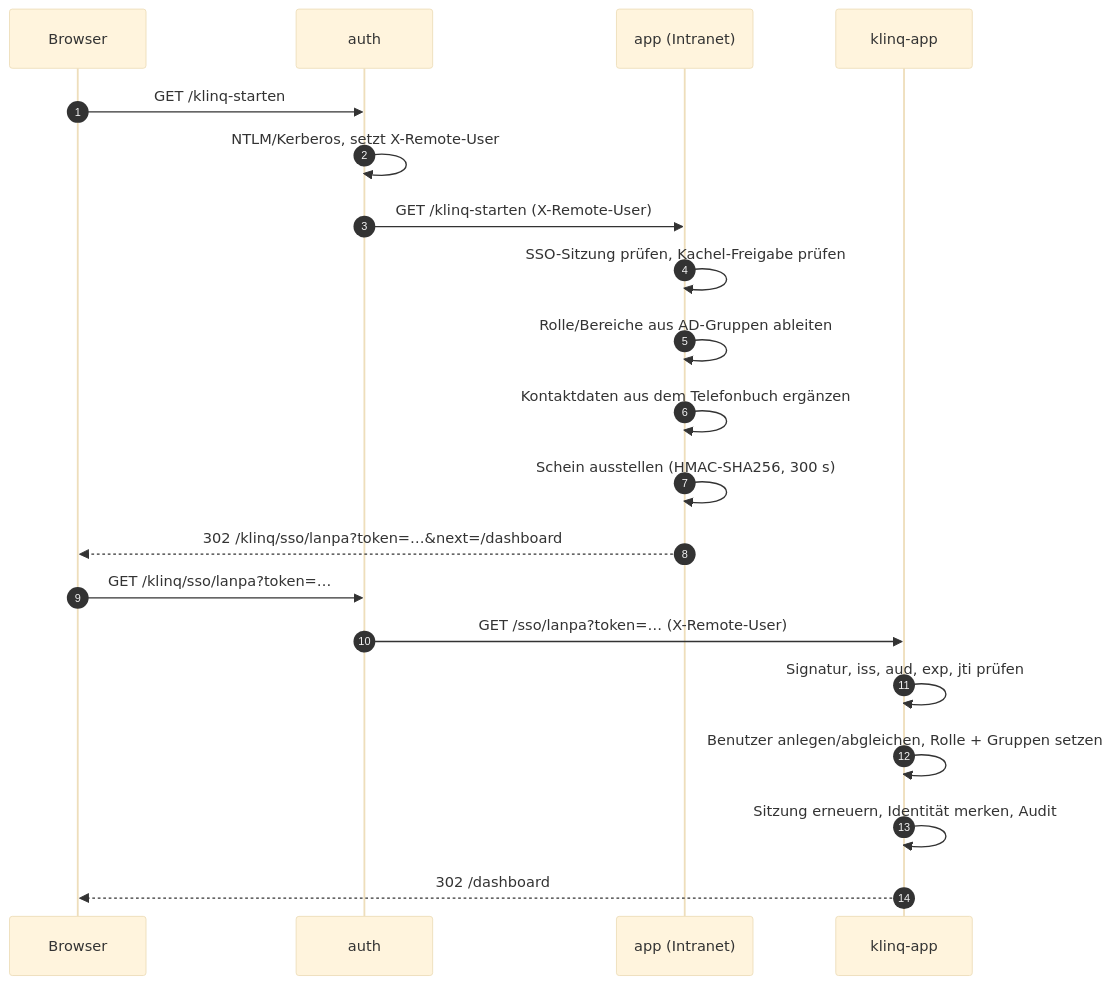
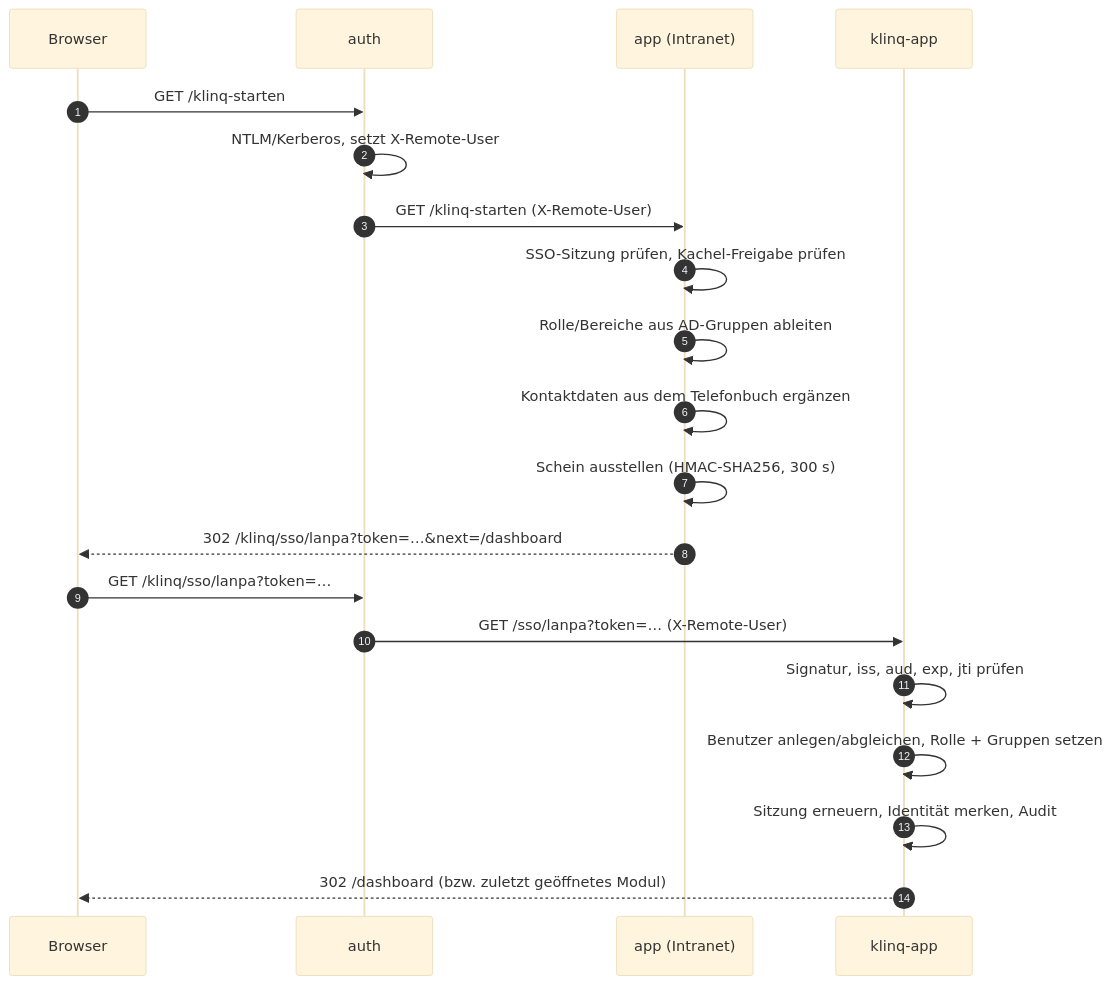
One commit to dareinelt/lanpa changed the second of 3 diagrams in docs/klinq-referenz.md. Above: the diagram before and after it, drawn with Mermaid (base theme). The commit also changed other lines of this file and 14 other files, not shown here.

First line of the commit message:
KLINQ: zuletzt geoeffnetes Modul je Benutzer merken

````diff
--- a/docs/klinq-referenz.md
+++ b/docs/klinq-referenz.md
@@ -117,23 +117,23 @@
 ```mermaid
 sequenceDiagram
     autonumber
     participant B as Browser
     participant A as auth
     participant APP as app (Intranet)
     participant K as klinq-app
 
     B->>A: GET /klinq-starten
     A->>A: NTLM/Kerberos, setzt X-Remote-User
     A->>APP: GET /klinq-starten (X-Remote-User)
     APP->>APP: SSO-Sitzung prüfen, Kachel-Freigabe prüfen
     APP->>APP: Rolle/Bereiche aus AD-Gruppen ableiten
     APP->>APP: Kontaktdaten aus dem Telefonbuch ergänzen
     APP->>APP: Schein ausstellen (HMAC-SHA256, 300 s)
     APP-->>B: 302 /klinq/sso/lanpa?token=…&next=/dashboard
     B->>A: GET /klinq/sso/lanpa?token=…
     A->>K: GET /sso/lanpa?token=… (X-Remote-User)
     K->>K: Signatur, iss, aud, exp, jti prüfen
     K->>K: Benutzer anlegen/abgleichen, Rolle + Gruppen setzen
     K->>K: Sitzung erneuern, Identität merken, Audit
-    K-->>B: 302 /dashboard
+    K-->>B: 302 /dashboard (bzw. zuletzt geöffnetes Modul)
 ```
````
